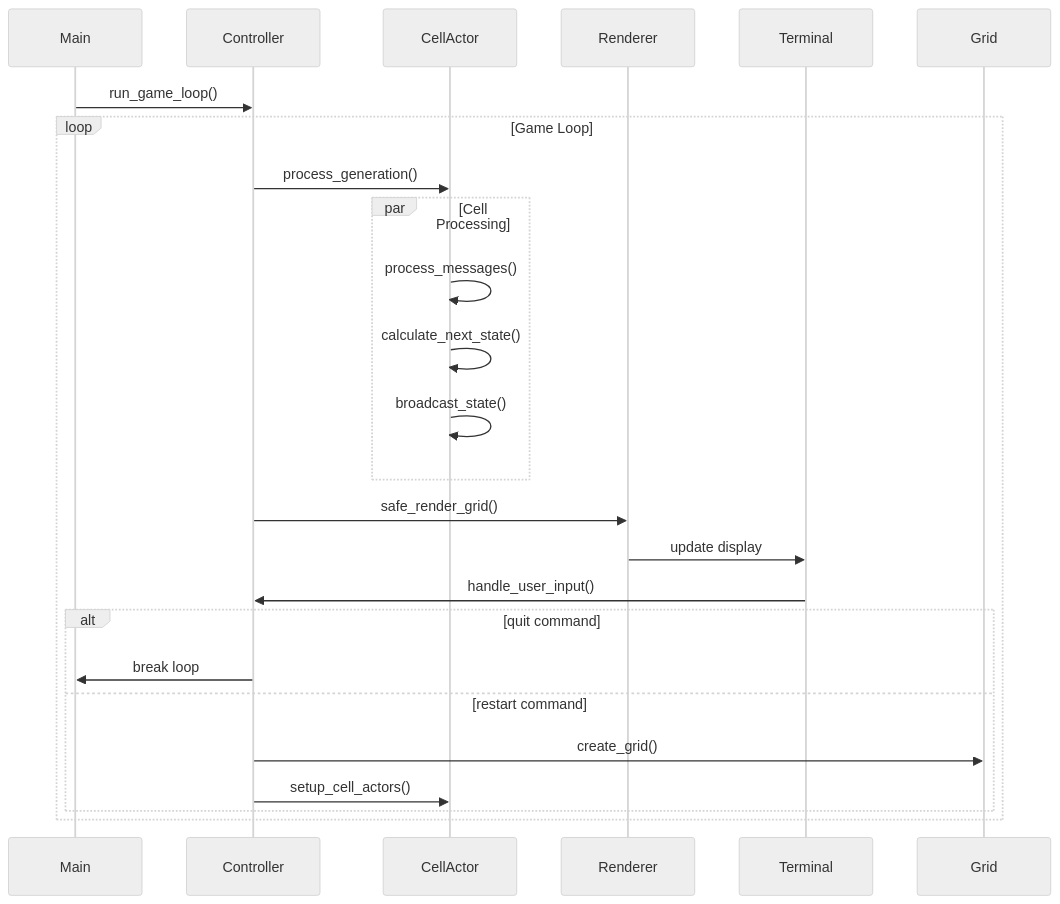
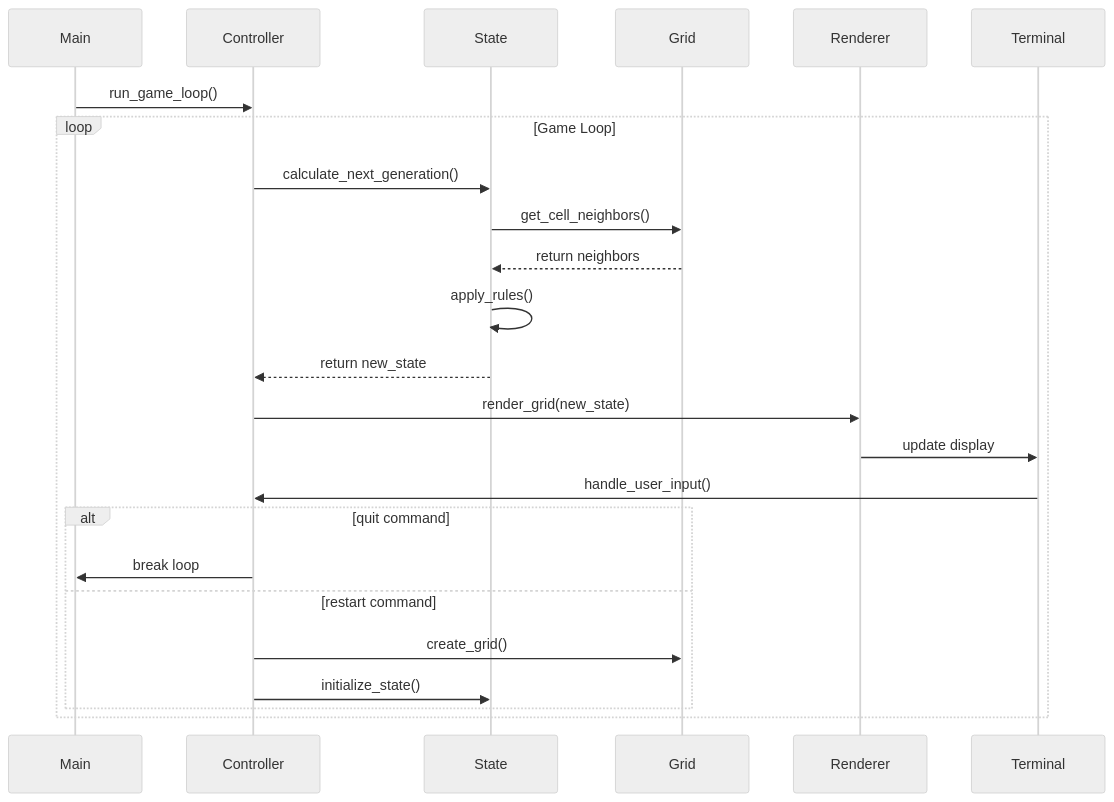
The second of 7 diagrams in docs/diagrams.md (dewe/py-gol), drawn with Mermaid (neutral theme) before and after one commit. The commit also changed other lines of this file, not shown here.

Commit message:
docs: update diagrams to reflect pure functional architecture

````diff
--- a/docs/diagrams.md
+++ b/docs/diagrams.md
@@ -33,27 +31,27 @@
 ```mermaid
 sequenceDiagram
     participant Main
     participant Controller
-    participant CellActor
+    participant State
+    participant Grid
     participant Renderer
     participant Terminal
     
     Main->>Controller: run_game_loop()
     loop Game Loop
-        Controller->>CellActor: process_generation()
-        par Cell Processing
-            CellActor->>CellActor: process_messages()
-            CellActor->>CellActor: calculate_next_state()
-            CellActor->>CellActor: broadcast_state()
-        end
-        Controller->>Renderer: safe_render_grid()
+        Controller->>State: calculate_next_generation()
+        State->>Grid: get_cell_neighbors()
+        Grid-->>State: return neighbors
+        State->>State: apply_rules()
+        State-->>Controller: return new_state
+        Controller->>Renderer: render_grid(new_state)
         Renderer->>Terminal: update display
         Terminal->>Controller: handle_user_input()
         alt quit command
             Controller->>Main: break loop
         else restart command
             Controller->>Grid: create_grid()
-            Controller->>CellActor: setup_cell_actors()
+            Controller->>State: initialize_state()
         end
     end
 ```
````
